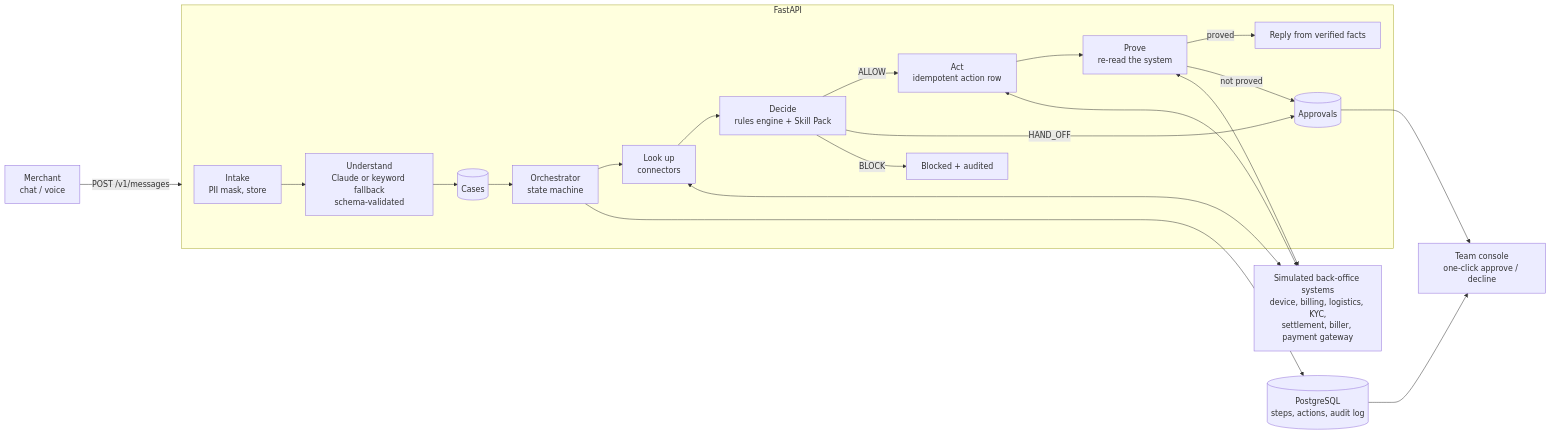
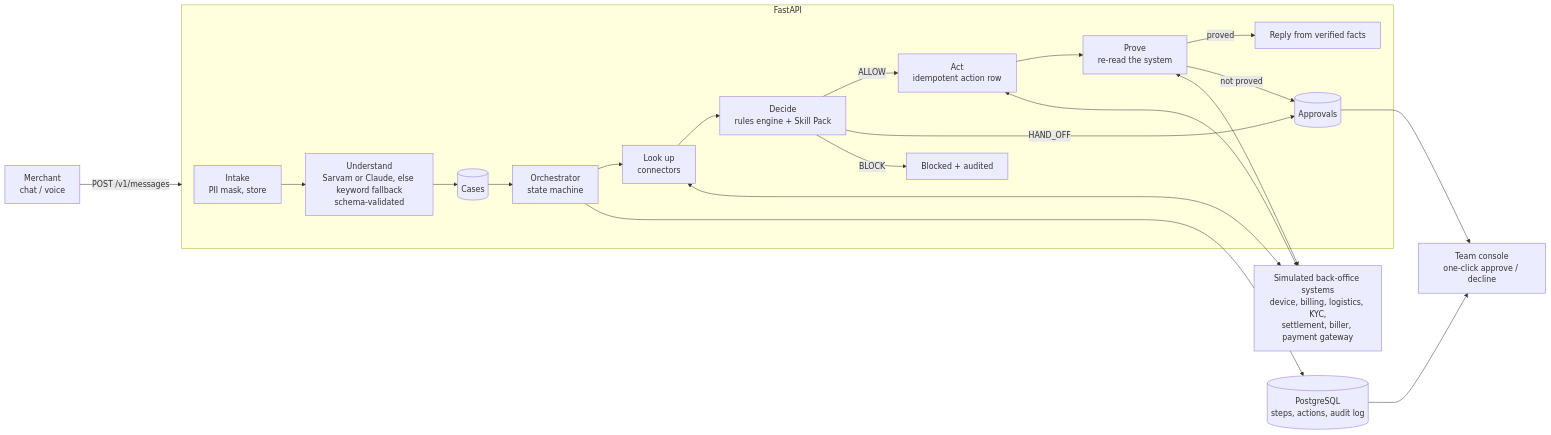
One commit to ShreyaThakur05/SAATHI changed the first of 2 diagrams in docs/ARCHITECTURE.md. Above: the diagram before and after it, drawn with Mermaid. The commit also changed other lines of this file and 21 other files, not shown here.

First line of the commit message:
Add Sarvam as the LLM provider for Understand

````diff
--- a/docs/ARCHITECTURE.md
+++ b/docs/ARCHITECTURE.md
@@ -9,21 +9,21 @@
 ```mermaid
 flowchart LR
   M[Merchant<br/>chat / voice] -->|POST /v1/messages| API
   subgraph API[FastAPI]
-    IN[Intake<br/>PII mask, store] --> U[Understand<br/>Claude or keyword fallback<br/>schema-validated]
+    IN[Intake<br/>PII mask, store] --> U[Understand<br/>Sarvam or Claude, else keyword fallback<br/>schema-validated]
     U --> C[(Cases)]
     C --> O[Orchestrator<br/>state machine]
     O --> L[Look up<br/>connectors]
     L --> D[Decide<br/>rules engine + Skill Pack]
     D -->|ALLOW| A[Act<br/>idempotent action row]
     D -->|HAND_OFF| AP[(Approvals)]
     D -->|BLOCK| B[Blocked + audited]
     A --> P[Prove<br/>re-read the system]
     P -->|proved| R[Reply from verified facts]
     P -->|not proved| AP
   end
   L & A & P <--> SYS[Simulated back-office systems<br/>device, billing, logistics, KYC,<br/>settlement, biller, payment gateway]
   AP --> CON[Team console<br/>one-click approve / decline]
   O --> DB[(PostgreSQL<br/>steps, actions, audit log)]
   DB --> CON
 ```
````
